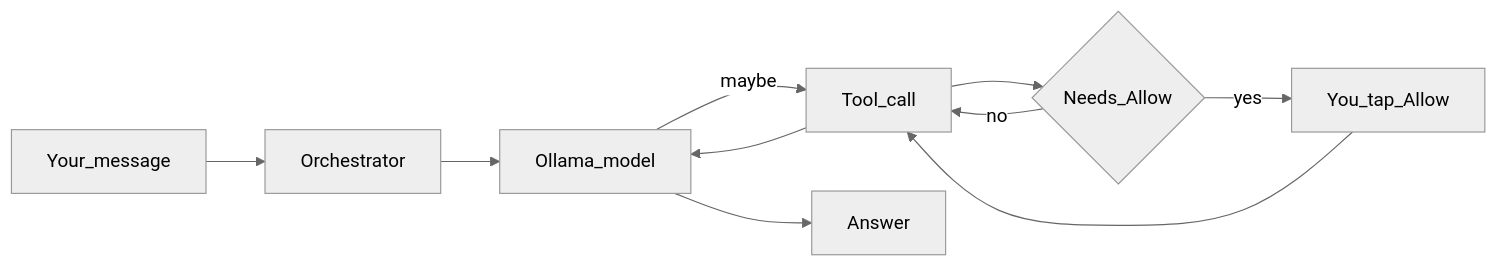
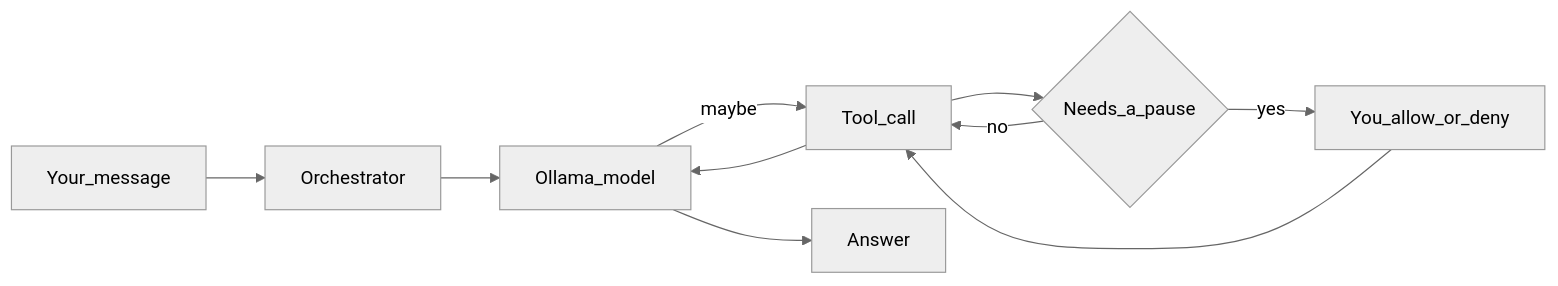
One commit to sAnct1x/Arelis changed the second of 2 diagrams in docs/architecture.md. Above: the diagram before and after it, drawn with Mermaid (neutral theme). The commit also changed other lines of this file and 87 other files, not shown here.

First line of the commit message:
checkout: quieter search, allow/deny, and living notes — not a release.

````diff
--- a/docs/architecture.md
+++ b/docs/architecture.md
@@ -24,16 +24,16 @@
 ```mermaid
 flowchart LR
   msg[Your_message]
   orch[Orchestrator]
   model[Ollama_model]
   tool[Tool_call]
-  allow{Needs_Allow}
-  you[You_tap_Allow]
+  allow{Needs_a_pause}
+  you[You_allow_or_deny]
   ans[Answer]
   msg --> orch --> model
   model -->|maybe| tool
   tool --> allow
   allow -->|yes| you --> tool
   allow -->|no| tool
   tool --> model --> ans
 ```
````
